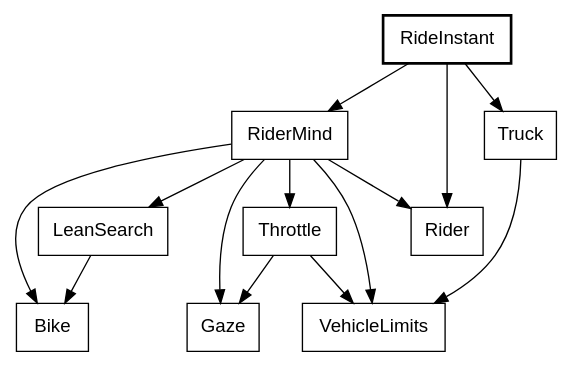
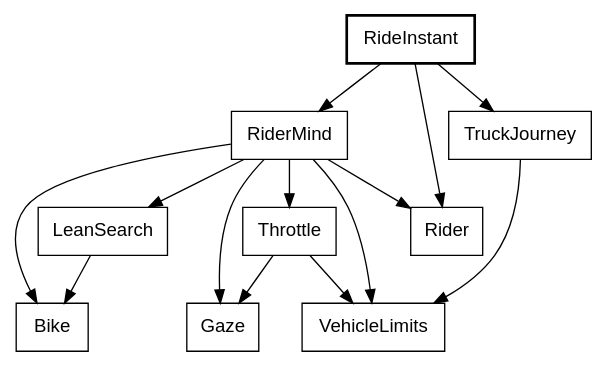
Before and after one commit to showell/roc-apps: diagram 15 of 35 in canvas_apps/safari/tutorial/tutorial.md, drawn with Graphviz. The commit also changed other lines of this file, not shown here.

Commit message:
tutorial: TruckJourney and Truck outside the truck chapters

````diff
--- a/canvas_apps/safari/tutorial/tutorial.md
+++ b/canvas_apps/safari/tutorial/tutorial.md
@@ -1567,19 +1567,19 @@
 ```dot
 digraph stepped {
   node [shape=box, fontname="Helvetica"];
   RideInstant [style=bold];
   RideInstant -> RiderMind;
-  RideInstant -> Truck;
+  RideInstant -> TruckJourney;
   RideInstant -> Rider;
   RiderMind -> Bike;
   RiderMind -> Throttle;
   RiderMind -> LeanSearch;
   RiderMind -> Gaze;
   RiderMind -> Rider;
   RiderMind -> VehicleLimits;
-  Truck -> VehicleLimits;
+  TruckJourney -> VehicleLimits;
   Throttle -> Gaze;
   Throttle -> VehicleLimits;
   LeanSearch -> Bike;
 }
 ```
````
